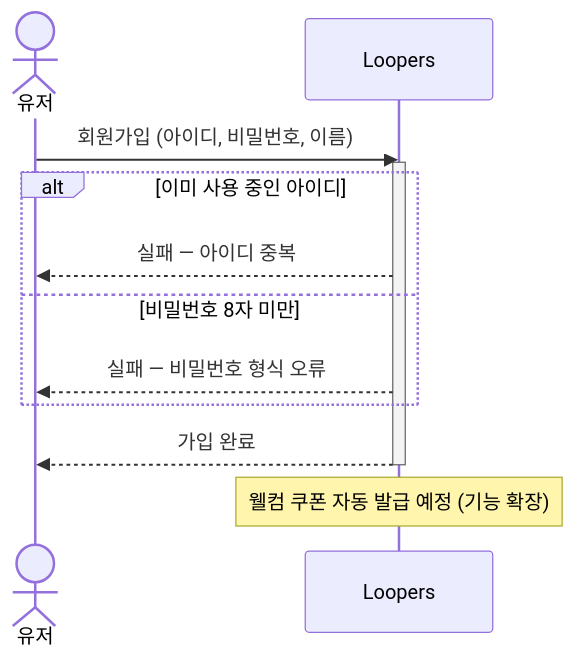
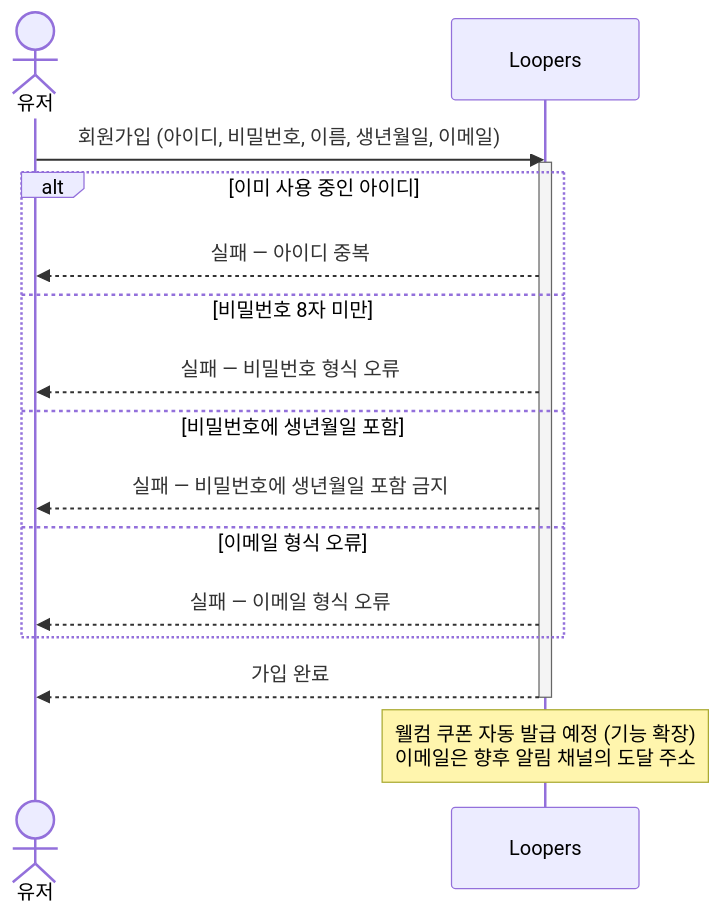
The first of 9 diagrams in .docs/design/02-sequence-diagrams-overview.md (loopers-labs/loop-pack-be-l2-vol4-java), drawn with Mermaid before and after one commit. The commit also changed other lines of this file and 8 other files, not shown here.

````diff
--- a/.docs/design/02-sequence-diagrams-overview.md
+++ b/.docs/design/02-sequence-diagrams-overview.md
@@ -24,18 +24,22 @@
 ```mermaid
 sequenceDiagram
     actor 유저
     participant 서비스 as Loopers
 
-    유저->>서비스: 회원가입 (아이디, 비밀번호, 이름)
+    유저->>서비스: 회원가입 (아이디, 비밀번호, 이름, 생년월일, 이메일)
     activate 서비스
 
     alt 이미 사용 중인 아이디
         서비스-->>유저: 실패 — 아이디 중복
     else 비밀번호 8자 미만
         서비스-->>유저: 실패 — 비밀번호 형식 오류
+    else 비밀번호에 생년월일 포함
+        서비스-->>유저: 실패 — 비밀번호에 생년월일 포함 금지
+    else 이메일 형식 오류
+        서비스-->>유저: 실패 — 이메일 형식 오류
     end
 
     서비스-->>유저: 가입 완료
     deactivate 서비스
-    Note over 서비스: 웰컴 쿠폰 자동 발급 예정 (기능 확장)
+    Note over 서비스: 웰컴 쿠폰 자동 발급 예정 (기능 확장)<br/>이메일은 향후 알림 채널의 도달 주소
 ```
````
